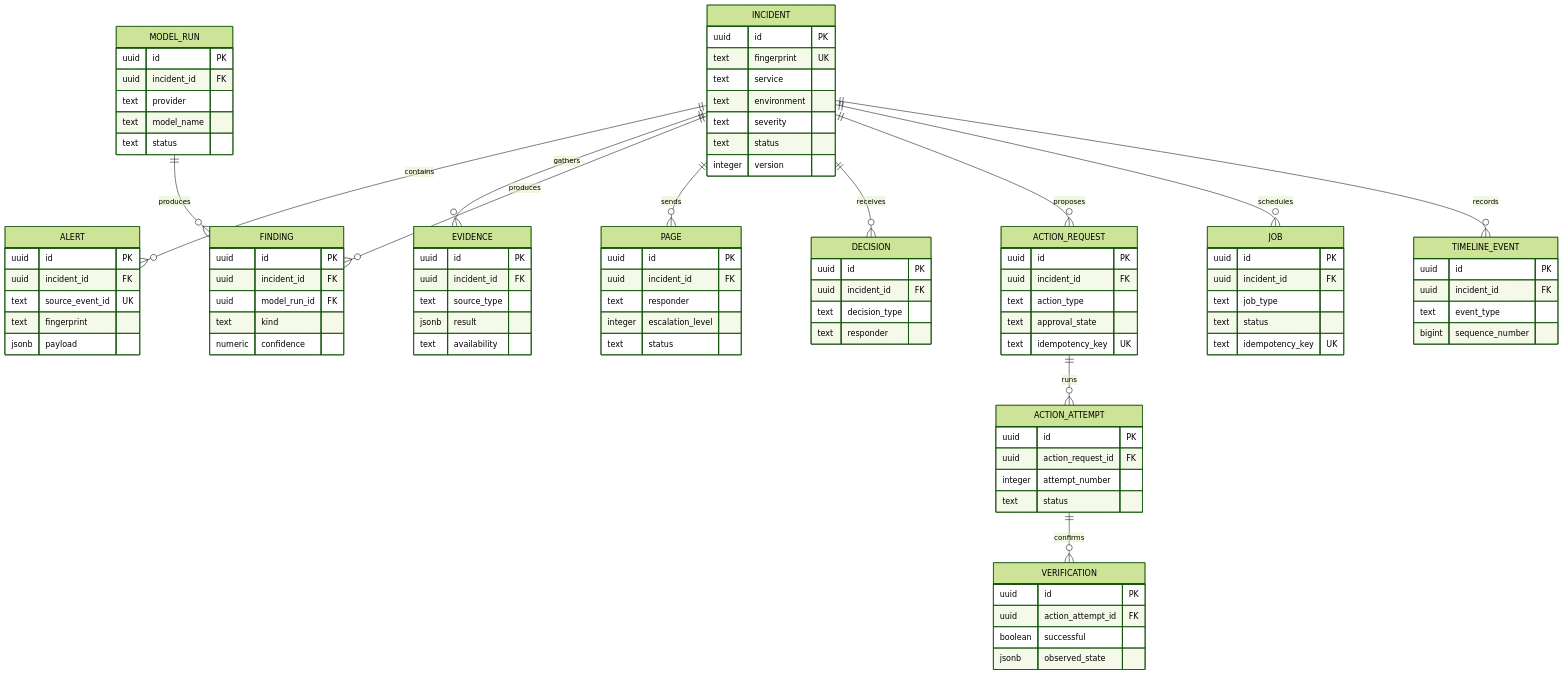
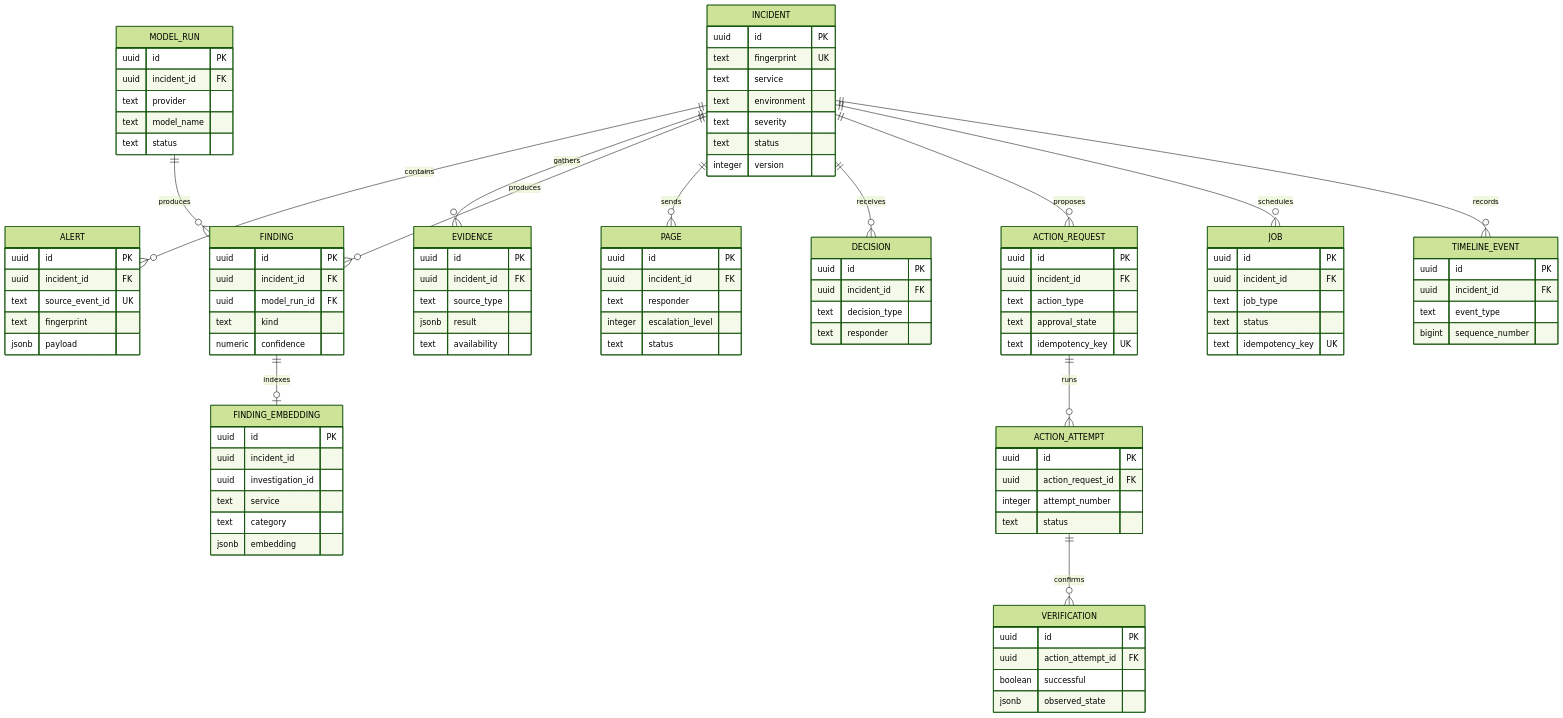
One commit to safayavatsal/hero-vired-assignment changed the diagram in _plan_docs/_hld_docs/01-domain-data-model.md. Above: the diagram before and after it, drawn with Mermaid (forest theme). The commit also changed other lines of this file and 12 other files, not shown here.

Commit message:
Update architecture and local verification records

```diff
--- a/_plan_docs/_hld_docs/01-domain-data-model.md
+++ b/_plan_docs/_hld_docs/01-domain-data-model.md
@@ -7,6 +7,7 @@
     INCIDENT ||--o{ ALERT : contains
     INCIDENT ||--o{ EVIDENCE : gathers
     INCIDENT ||--o{ FINDING : produces
+    FINDING ||--o| FINDING_EMBEDDING : indexes
     MODEL_RUN ||--o{ FINDING : produces
     INCIDENT ||--o{ PAGE : sends
     INCIDENT ||--o{ DECISION : receives
@@ -52,6 +53,14 @@
         uuid model_run_id FK
         text kind
         numeric confidence
+    }
+    FINDING_EMBEDDING {
+        uuid id PK
+        uuid incident_id
+        uuid investigation_id
+        text service
+        text category
+        jsonb embedding
     }
     PAGE {
         uuid id PK
```
